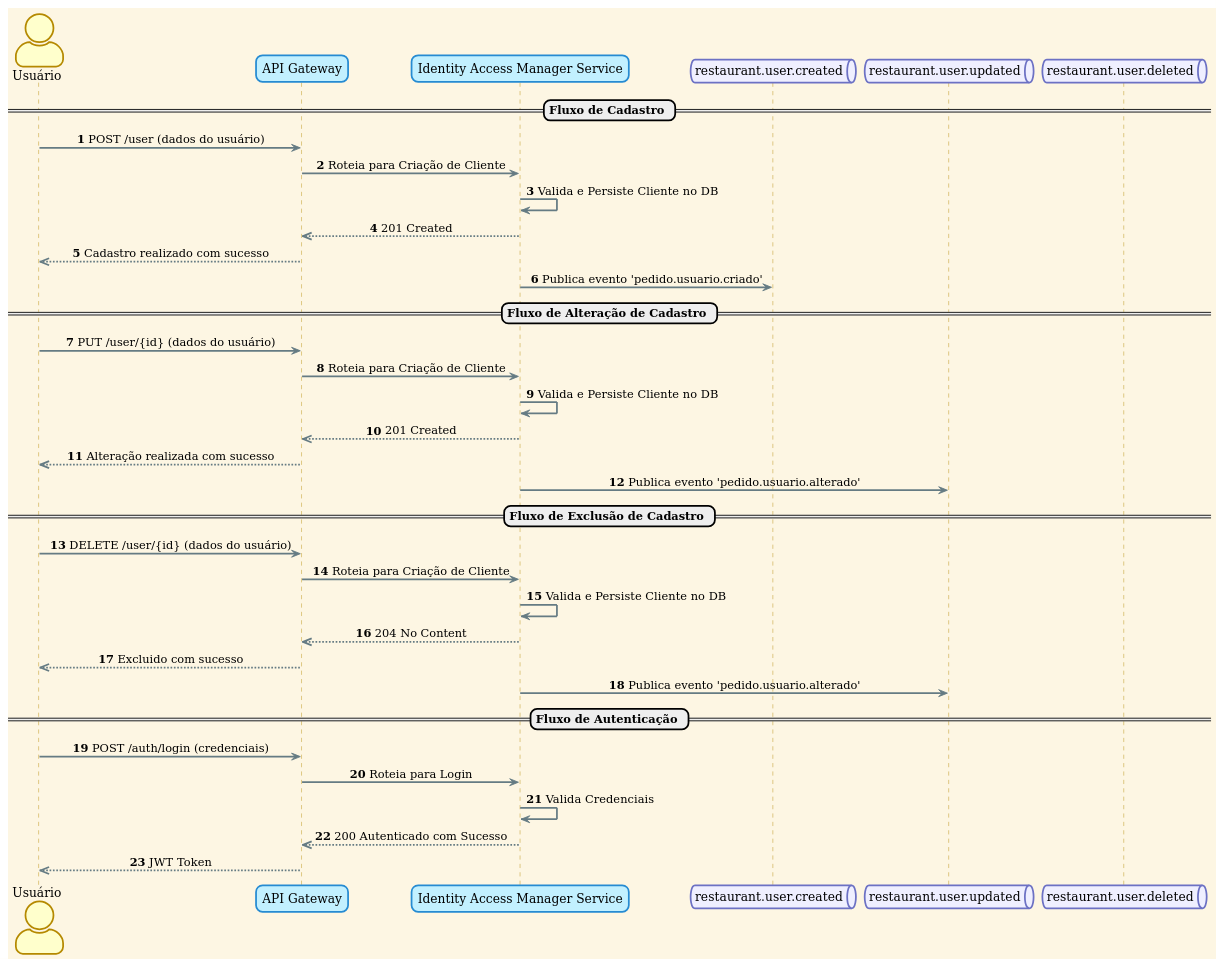
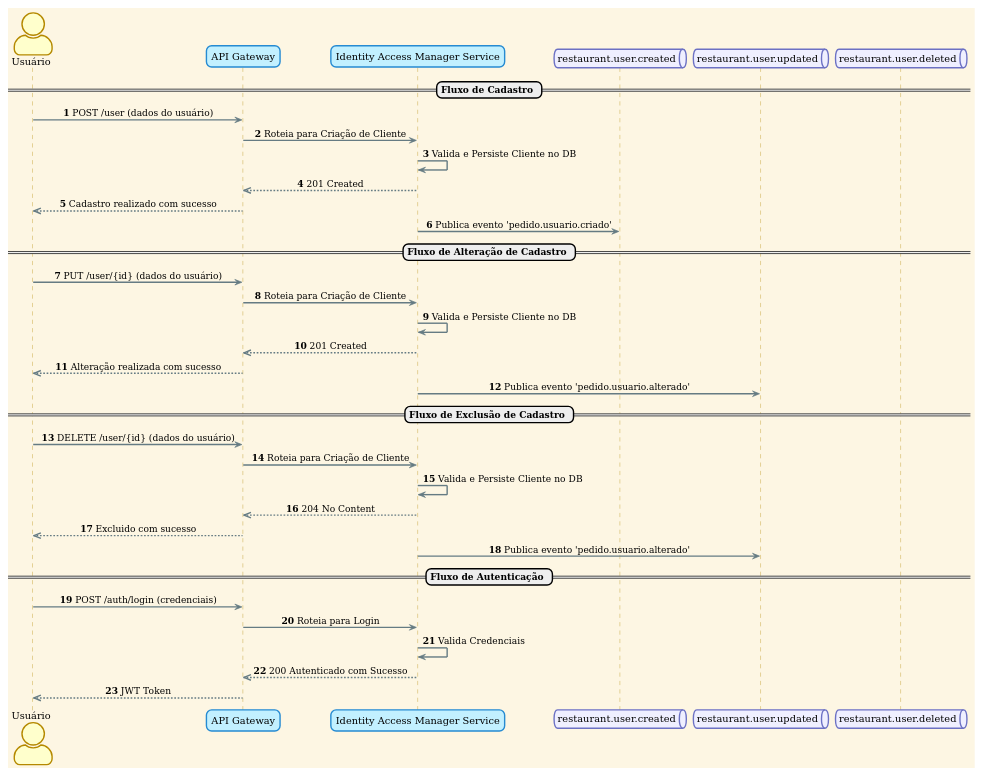
Before and after one commit to KervinCandido/restaurant-system-infra: the diagram in docs/seq-iam-service/seq-iam-service.puml, drawn with PlantUML. The commit also changed 3 other files, not shown here.

```diff
--- a/docs/seq-iam-service/seq-iam-service.puml
+++ b/docs/seq-iam-service/seq-iam-service.puml
@@ -1,44 +1,47 @@
 @startuml
 !theme sunlust
 autonumber
 skinparam Style awesome
 skinparam SequenceMessageAlignment center
 
 actor "Usuário" as User
 participant "API Gateway" as Gateway
 participant "Identity Access Manager Service" as IAM
 queue "restaurant.user.created" as RestaurantUsuarioCriado
 queue "restaurant.user.updated" as RestaurantUsuarioAlterado
 queue "restaurant.user.deleted" as RestaurantUsuarioDelete
 
 == Fluxo de Cadastro ==
 User -> Gateway : POST /user (dados do usuário)
 Gateway -> IAM : Roteia para Criação de Cliente
 IAM -> IAM : Valida e Persiste Cliente no DB
 IAM -->> Gateway : 201 Created
 Gateway -->> User : Cadastro realizado com sucesso
 IAM -> RestaurantUsuarioCriado : Publica evento 'pedido.usuario.criado'
 
 == Fluxo de Alteração de Cadastro ==
 User -> Gateway : PUT /user/{id} (dados do usuário)
 Gateway -> IAM : Roteia para Criação de Cliente
 IAM -> IAM : Valida e Persiste Cliente no DB
 IAM -->> Gateway : 201 Created
 Gateway -->> User : Alteração realizada com sucesso
 IAM -> RestaurantUsuarioAlterado : Publica evento 'pedido.usuario.alterado'
 
 == Fluxo de Exclusão de Cadastro ==
 User -> Gateway : DELETE /user/{id} (dados do usuário)
 Gateway -> IAM : Roteia para Criação de Cliente
 IAM -> IAM : Valida e Persiste Cliente no DB
 IAM -->> Gateway : 204 No Content
 Gateway -->> User : Excluido com sucesso
 IAM -> RestaurantUsuarioAlterado : Publica evento 'pedido.usuario.alterado'
 
 == Fluxo de Autenticação ==
 User -> Gateway : POST /auth/login (credenciais)
 Gateway -> IAM : Roteia para Login
 IAM -> IAM : Valida Credenciais
 IAM -->> Gateway : 200 Autenticado com Sucesso
 Gateway -->> User : JWT Token
+
+scale 0.8
+
 @enduml
```
